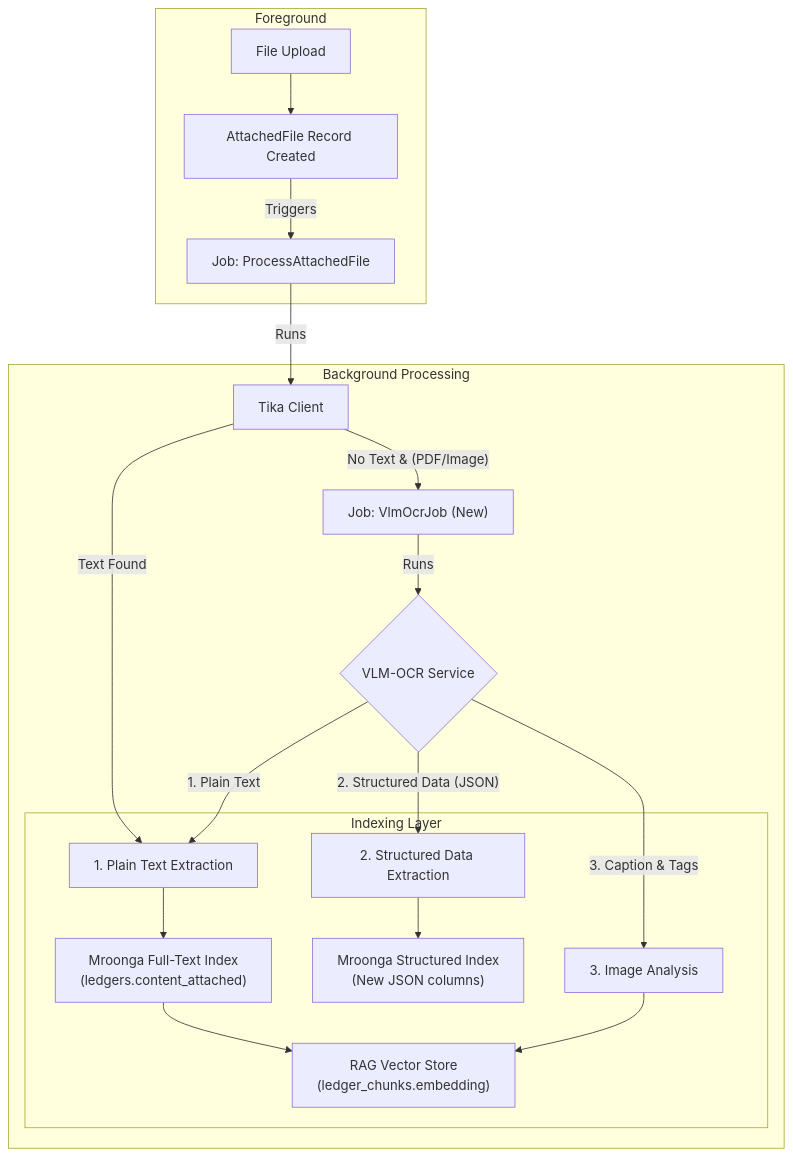
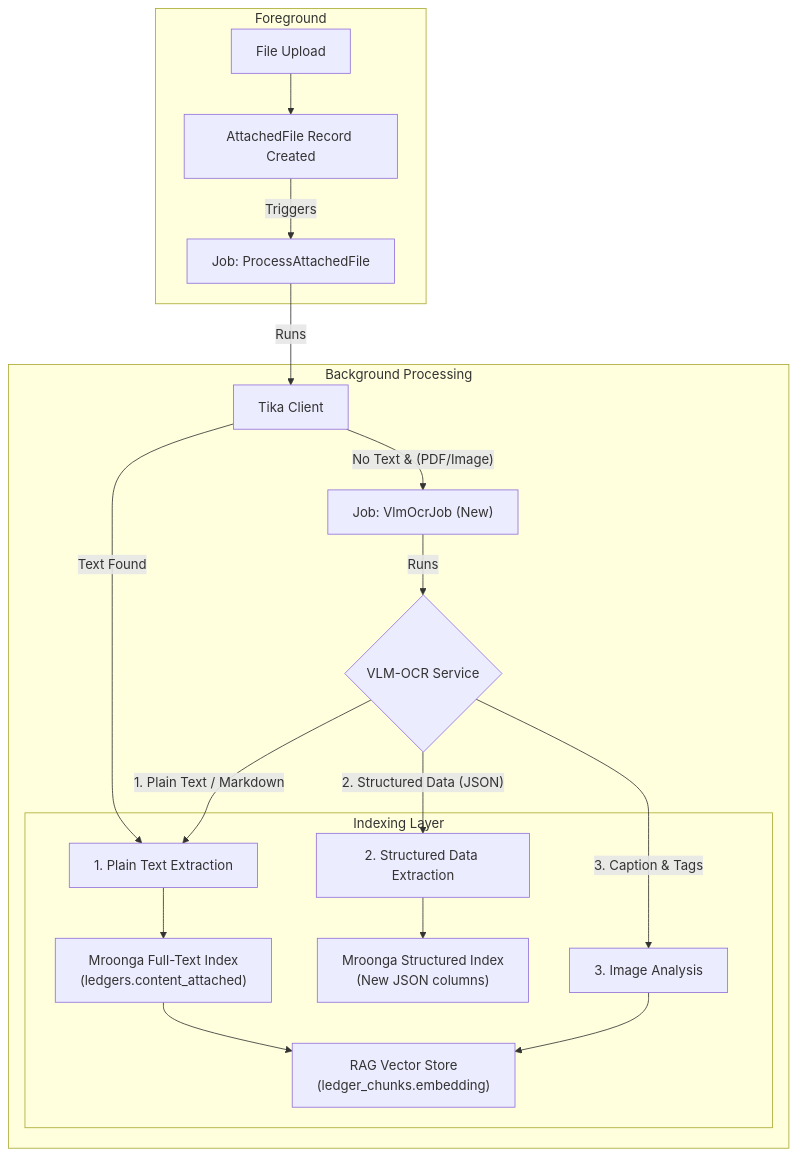
The diagram in docs/work/rag-implementation/2025-10-23_vlm-ocr-and-indexing-strategy-review.md (torinky/LedgerLeap-oss), drawn with Mermaid before and after one commit. The commit also changed other lines of this file, not shown here.

````diff
--- a/docs/work/rag-implementation/2025-10-23_vlm-ocr-and-indexing-strategy-review.md
+++ b/docs/work/rag-implementation/2025-10-23_vlm-ocr-and-indexing-strategy-review.md
@@ -92,25 +223,25 @@
 ```mermaid
 flowchart TD
     subgraph "Foreground"
         A["File Upload"] --> B["AttachedFile Record Created"]
         B -- "Triggers" --> C["Job: ProcessAttachedFile"]
     end
 
     subgraph "Background Processing"
         C -- "Runs" --> D["Tika Client"]
         D -- "Text Found" --> E["1. Plain Text Extraction"]
         D -- "No Text & (PDF/Image)" --> F["Job: VlmOcrJob (New)"]
 
         F -- "Runs" --> G{"VLM-OCR Service"}
-        G -- "1. Plain Text" --> E
+        G -- "1. Plain Text / Markdown" --> E
         G -- "2. Structured Data (JSON)" --> H["2. Structured Data Extraction"]
         G -- "3. Caption & Tags" --> I["3. Image Analysis"]
 
         subgraph "Indexing Layer"
             E --> J["Mroonga Full-Text Index\n(ledgers.content_attached)"]
             H --> K["Mroonga Structured Index\n(New JSON columns)"]
             I --> L["RAG Vector Store\n(ledger_chunks.embedding)"]
             J --> L
         end
     end
 ```
````
